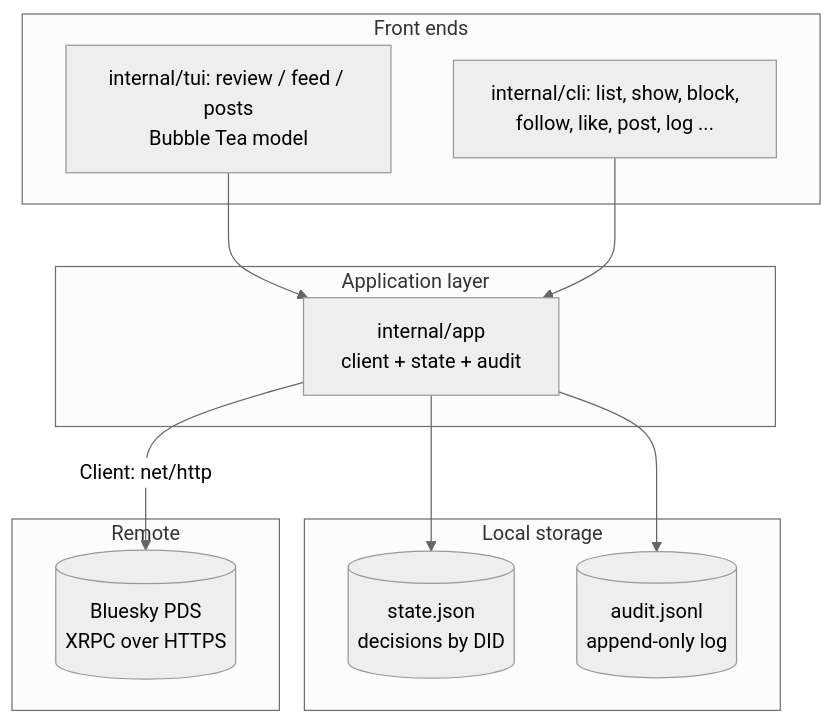
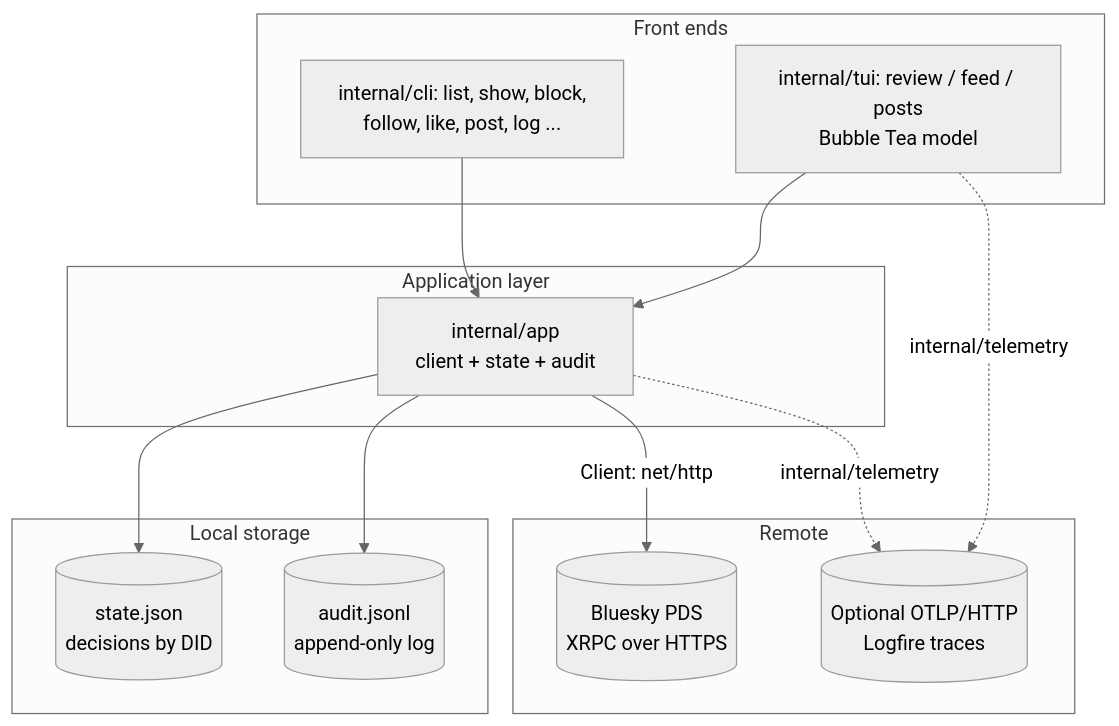
One commit to mdfranz/bskyban changed the first of 3 diagrams in ARCHITECTURE.md. Above: the diagram before and after it, drawn with Mermaid (neutral theme). The commit also changed other lines of this file and 10 other files, not shown here.

````diff
--- a/ARCHITECTURE.md
+++ b/ARCHITECTURE.md
@@ -9,26 +9,29 @@
 ```mermaid
 graph TD
     subgraph "Front ends"
         TUI[internal/tui: review / feed / posts\nBubble Tea model]
         CLI[internal/cli: list, show, block,\nfollow, like, post, log ...]
     end
 
     subgraph "Application layer"
         App[internal/app\nclient + state + audit]
     end
 
     subgraph "Local storage"
         State[(state.json\ndecisions by DID)]
         Audit[(audit.jsonl\nappend-only log)]
     end
 
     subgraph "Remote"
         PDS[(Bluesky PDS\nXRPC over HTTPS)]
+        OTLP[(Optional OTLP/HTTP\nLogfire traces)]
     end
 
     TUI --> App
     CLI --> App
     App --> |Client: net/http| PDS
     App --> State
     App --> Audit
+    TUI -.-> |internal/telemetry| OTLP
+    App -.-> |internal/telemetry| OTLP
 ```
````
